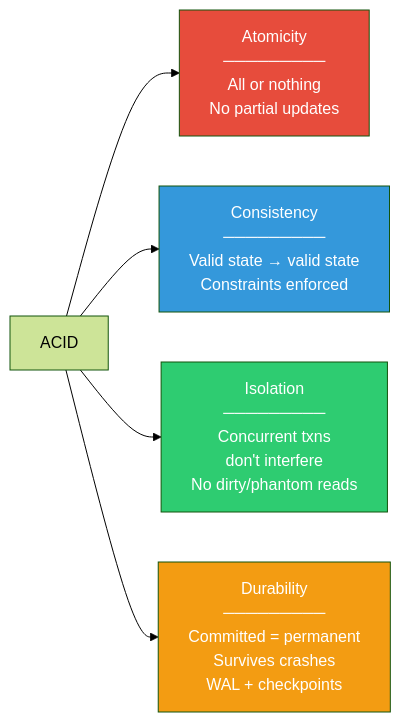
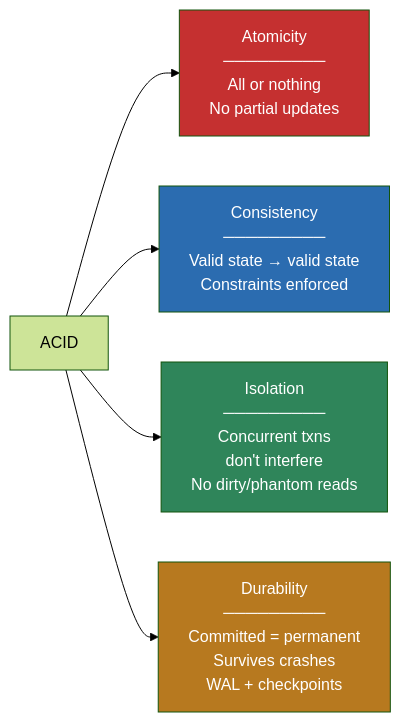
One commit to George-API/CompTIA_DataSys_Study_Guide changed the seventh of 39 diagrams in 07-Visual-Study-Diagrams.md. Above: the diagram before and after it, drawn with Mermaid (forest theme). The commit also changed other lines of this file, not shown here.

Commit message:
Improvements to visual study mermaid diagrams

````diff
--- a/07-Visual-Study-Diagrams.md
+++ b/07-Visual-Study-Diagrams.md
@@ -145,12 +145,12 @@
 ```mermaid
 flowchart LR
-    ACID["ACID"] --> A["Atomicity\n─────────\nAll or nothing\nNo partial updates"]
-    ACID --> C["Consistency\n─────────\nValid state → valid state\nConstraints enforced"]
-    ACID --> I["Isolation\n─────────\nConcurrent txns\ndon't interfere\nNo dirty/phantom reads"]
-    ACID --> D["Durability\n─────────\nCommitted = permanent\nSurvives crashes\nWAL + checkpoints"]
+    ACID["ACID"] --> A["Atomicity<br/>─────────<br/>All or nothing<br/>No partial updates"]
+    ACID --> C["Consistency<br/>─────────<br/>Valid state → valid state<br/>Constraints enforced"]
+    ACID --> I["Isolation<br/>─────────<br/>Concurrent txns<br/>don't interfere<br/>No dirty/phantom reads"]
+    ACID --> D["Durability<br/>─────────<br/>Committed = permanent<br/>Survives crashes<br/>WAL + checkpoints"]
 
-    style A fill:#e74c3c,color:#fff
-    style C fill:#3498db,color:#fff
-    style I fill:#2ecc71,color:#fff
-    style D fill:#f39c12,color:#fff
+    style A fill:#C53030,color:#fff
+    style C fill:#2B6CB0,color:#fff
+    style I fill:#2F855A,color:#fff
+    style D fill:#B7791F,color:#fff
 ```
````
